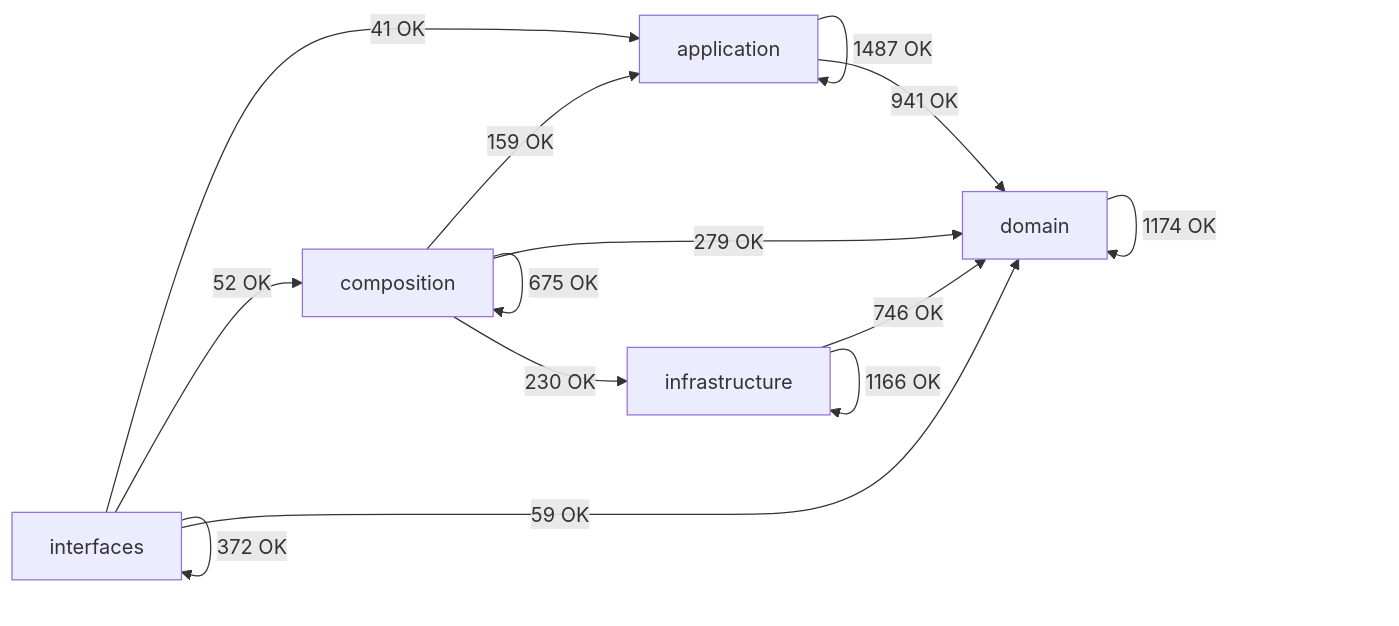
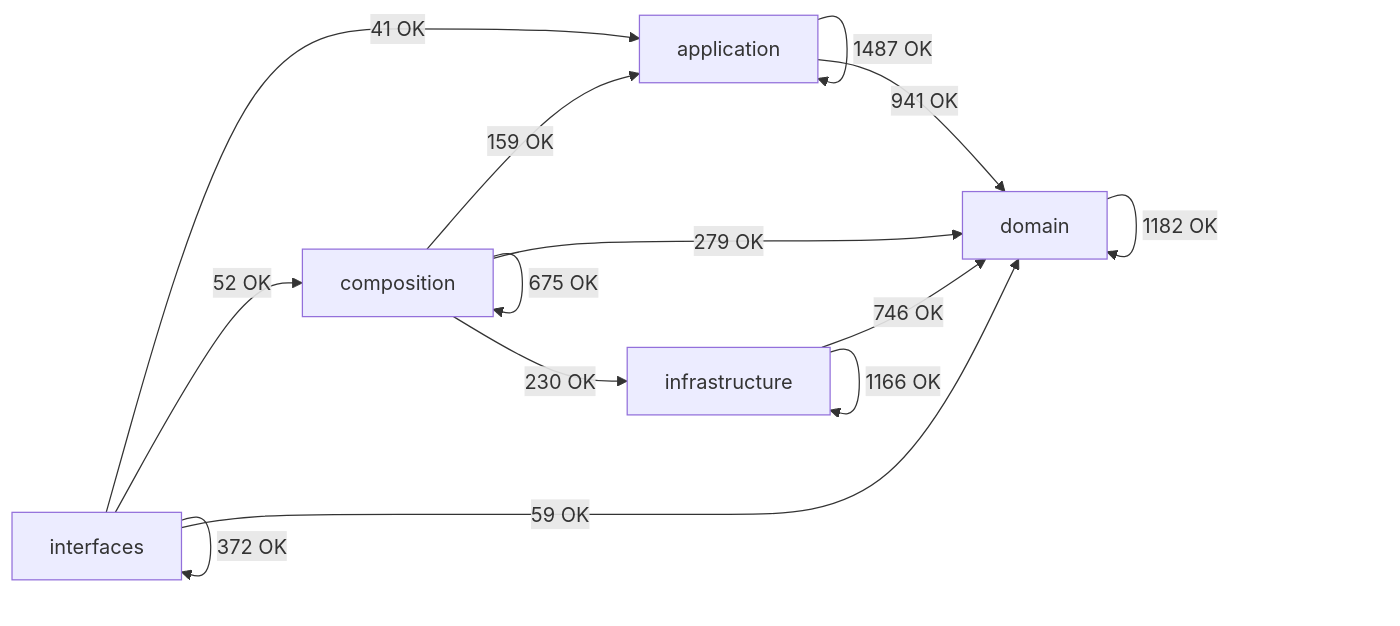
The diagram in docs/02-architecture/generated/module-dependency-map.md (SatoryKono/BioactivityDataAcquisition), drawn with Mermaid before and after one commit. The commit also changed other lines of this file and 4 other files, not shown here.

````diff
--- a/docs/02-architecture/generated/module-dependency-map.md
+++ b/docs/02-architecture/generated/module-dependency-map.md
@@ -17,21 +17,21 @@
 ```mermaid
 flowchart LR
     domain[domain]
     application[application]
     infrastructure[infrastructure]
     composition[composition]
     interfaces[interfaces]
     application -->|1487 OK| application
     application -->|941 OK| domain
     composition -->|159 OK| application
     composition -->|675 OK| composition
     composition -->|279 OK| domain
     composition -->|230 OK| infrastructure
-    domain -->|1174 OK| domain
+    domain -->|1182 OK| domain
     infrastructure -->|746 OK| domain
     infrastructure -->|1166 OK| infrastructure
     interfaces -->|41 OK| application
     interfaces -->|52 OK| composition
     interfaces -->|59 OK| domain
     interfaces -->|372 OK| interfaces
 ```
````
